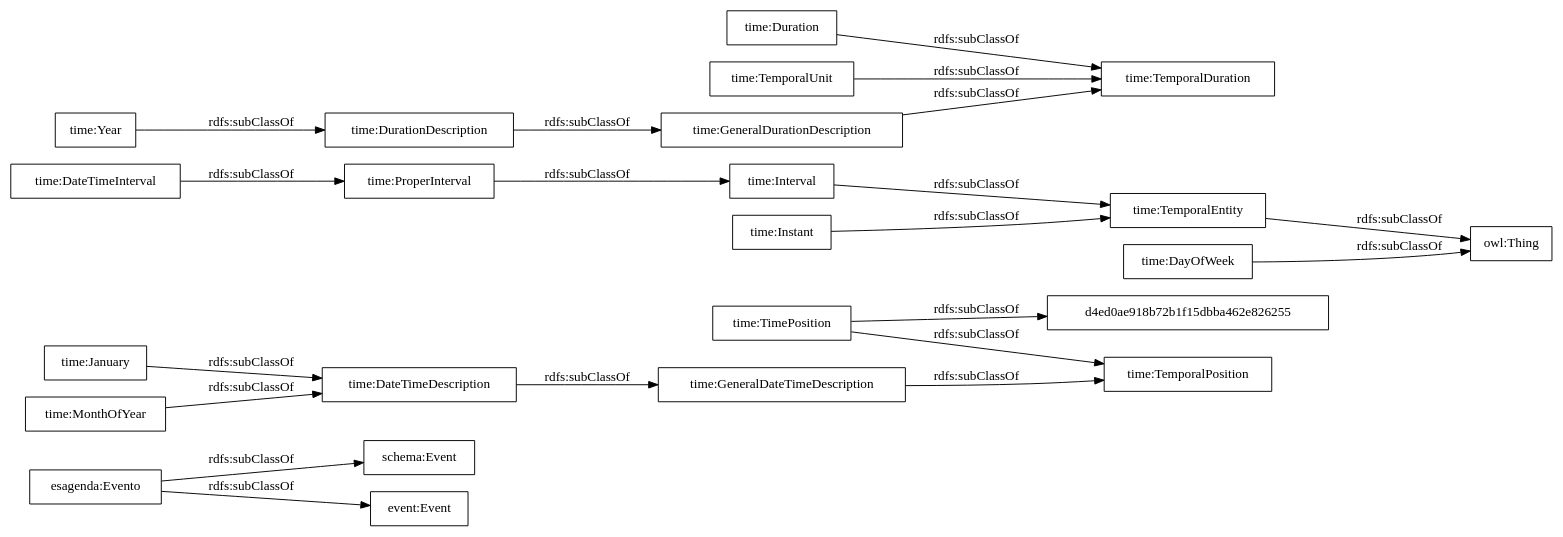
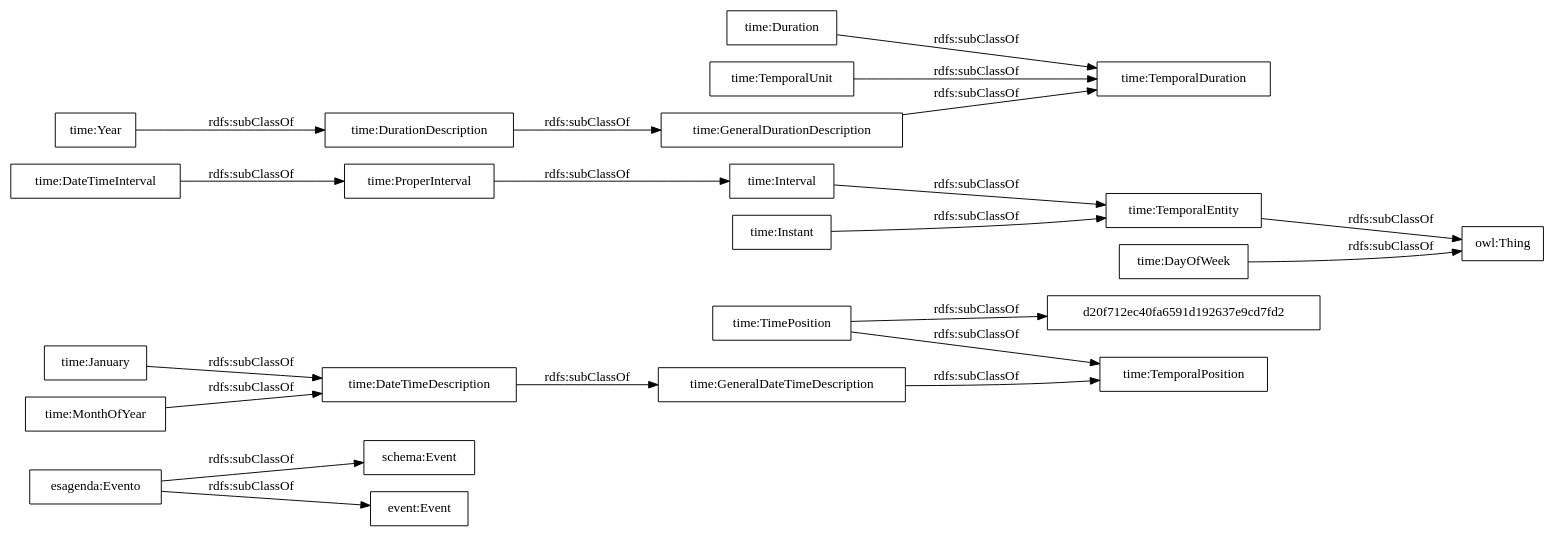
The diagram in OnToology/agenda.owl/diagrams/ar2dtool-taxonomy/agenda.owl.png.dot (opencitydata/cultura-ocio-agenda-eventos-actividades), drawn with Graphviz before and after one commit. The commit also changed 5 other files, not shown here.

```diff
--- a/OnToology/agenda.owl/diagrams/ar2dtool-taxonomy/agenda.owl.png.dot
+++ b/OnToology/agenda.owl/diagrams/ar2dtool-taxonomy/agenda.owl.png.dot
@@ -1,25 +1,25 @@
 digraph ar2dtool_diagram { 
 rankdir=LR;
 size="1000"
-node [shape = rectangle, color="black"]; "esagenda:Evento" "schema:Event" "event:Event" "time:GeneralDateTimeDescription" "time:DateTimeInterval" "time:DurationDescription" "time:TemporalDuration" "time:Duration" "time:GeneralDurationDescription" "time:January" "time:ProperInterval" "time:TimePosition" "d4ed0ae918b72b1f15dbba462e826255" "time:TemporalPosition" "time:Interval" "time:TemporalEntity" "time:Year" "time:MonthOfYear" "time:DateTimeDescription" "time:TemporalUnit" "time:Instant" "time:DayOfWeek" ; /*classes style*/
+node [shape = rectangle, color="black"]; "esagenda:Evento" "schema:Event" "event:Event" "time:GeneralDateTimeDescription" "time:DateTimeInterval" "time:DurationDescription" "time:TemporalDuration" "time:Duration" "time:GeneralDurationDescription" "time:January" "time:ProperInterval" "time:TimePosition" "time:TemporalPosition" "time:Interval" "time:TemporalEntity" "time:Year" "time:MonthOfYear" "time:DateTimeDescription" "time:TemporalUnit" "time:Instant" "d20f712ec40fa6591d192637e9cd7fd2" "time:DayOfWeek" ; /*classes style*/
 	"time:TemporalEntity" -> "owl:Thing" [ label = "rdfs:subClassOf" ];
 	"time:DateTimeInterval" -> "time:ProperInterval" [ label = "rdfs:subClassOf" ];
 	"time:DayOfWeek" -> "owl:Thing" [ label = "rdfs:subClassOf" ];
 	"time:TemporalUnit" -> "time:TemporalDuration" [ label = "rdfs:subClassOf" ];
 	"time:Year" -> "time:DurationDescription" [ label = "rdfs:subClassOf" ];
 	"time:Interval" -> "time:TemporalEntity" [ label = "rdfs:subClassOf" ];
 	"time:MonthOfYear" -> "time:DateTimeDescription" [ label = "rdfs:subClassOf" ];
 	"time:GeneralDurationDescription" -> "time:TemporalDuration" [ label = "rdfs:subClassOf" ];
 	"time:GeneralDateTimeDescription" -> "time:TemporalPosition" [ label = "rdfs:subClassOf" ];
 	"time:DateTimeDescription" -> "time:GeneralDateTimeDescription" [ label = "rdfs:subClassOf" ];
 	"time:DurationDescription" -> "time:GeneralDurationDescription" [ label = "rdfs:subClassOf" ];
-	"time:TimePosition" -> "d4ed0ae918b72b1f15dbba462e826255" [ label = "rdfs:subClassOf" ];
+	"time:TimePosition" -> "d20f712ec40fa6591d192637e9cd7fd2" [ label = "rdfs:subClassOf" ];
 	"time:TimePosition" -> "time:TemporalPosition" [ label = "rdfs:subClassOf" ];
 	"time:January" -> "time:DateTimeDescription" [ label = "rdfs:subClassOf" ];
 	"time:ProperInterval" -> "time:Interval" [ label = "rdfs:subClassOf" ];
 	"time:Instant" -> "time:TemporalEntity" [ label = "rdfs:subClassOf" ];
 	"esagenda:Evento" -> "schema:Event" [ label = "rdfs:subClassOf" ];
 	"esagenda:Evento" -> "event:Event" [ label = "rdfs:subClassOf" ];
 	"time:Duration" -> "time:TemporalDuration" [ label = "rdfs:subClassOf" ];
 
 }
```
